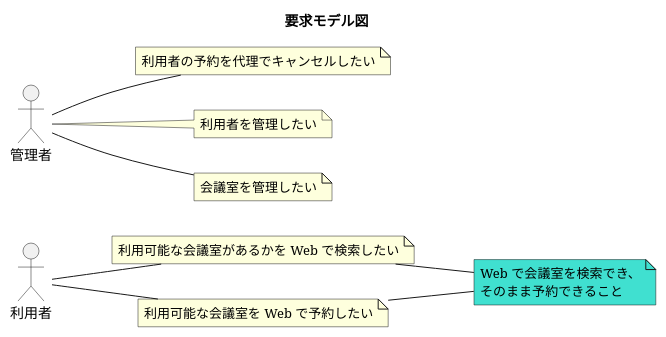
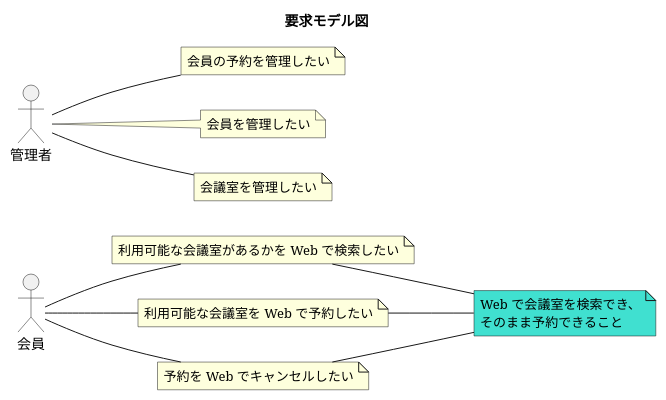
One commit to k2works/case-study-mrs changed the second of 19 diagrams in docs/index.adoc. Above: the diagram before and after it, drawn with PlantUML. The commit also changed other lines of this file and 21 other files, not shown here.

```diff
--- a/docs/index.adoc
+++ b/docs/index.adoc
@@ -56,31 +65,34 @@
 [plantuml]
 ----
 @startuml
 
 title 要求モデル図
 
 left to right direction
 
-actor 利用者 as ac_01
+actor 会員 as ac_01
 note "利用可能な会議室があるかを Web で検索したい" as k_r1
 note "利用可能な会議室を Web で予約したい" as k_r2
+note "予約を Web でキャンセルしたい" as k_r6
 note as k_dr1 #Turquoise
   Web で会議室を検索でき、
   そのまま予約できること
 end note
 ac_01 -- k_r1
 ac_01 -- k_r2
+ac_01 -- k_r6
 k_r1 -- k_dr1
 k_r2 -- k_dr1
+k_r6 -- k_dr1
 
 actor 管理者 as ac_02
-note "利用者の予約を代理でキャンセルしたい" as k_r3
-note "利用者を管理したい" as k_r4
+note "会員の予約を管理したい" as k_r3
+note "会員を管理したい" as k_r4
 note "会議室を管理したい" as k_r5
 ac_02 -- k_r3
 ac_02 -- k_r4
 ac_02 -- k_r5
 
 @enduml
 
 ----
```
